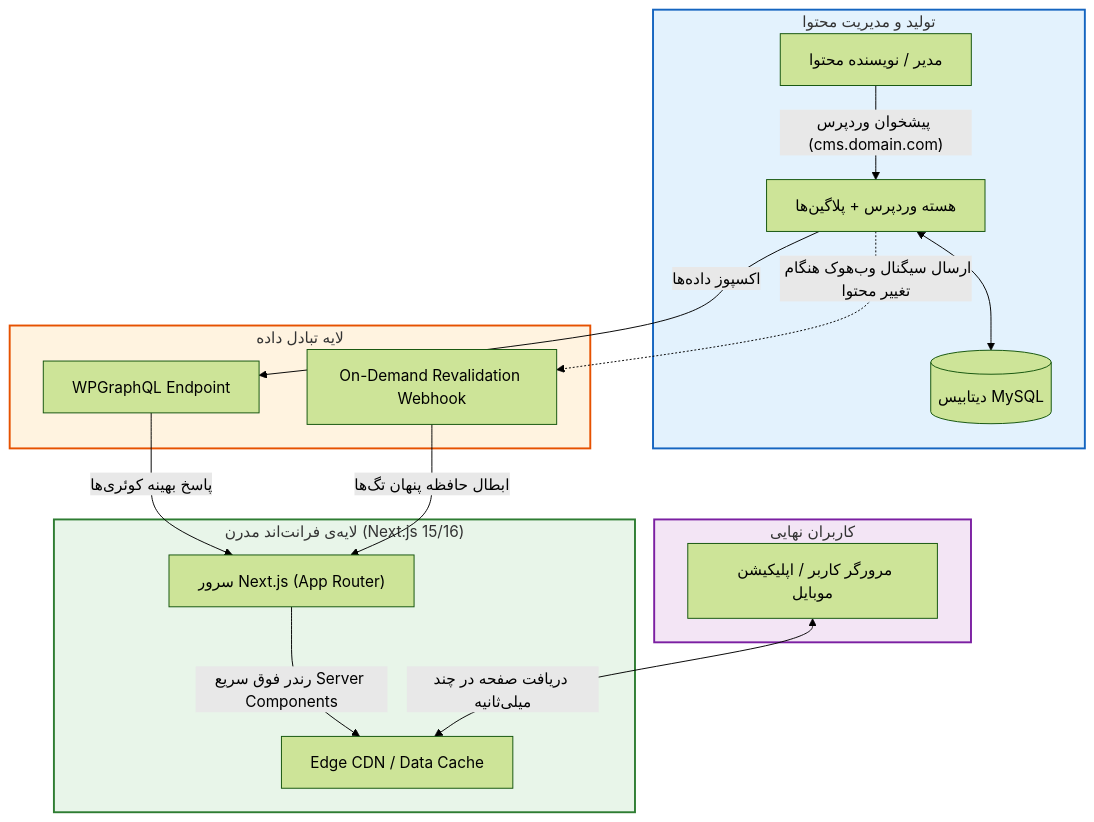
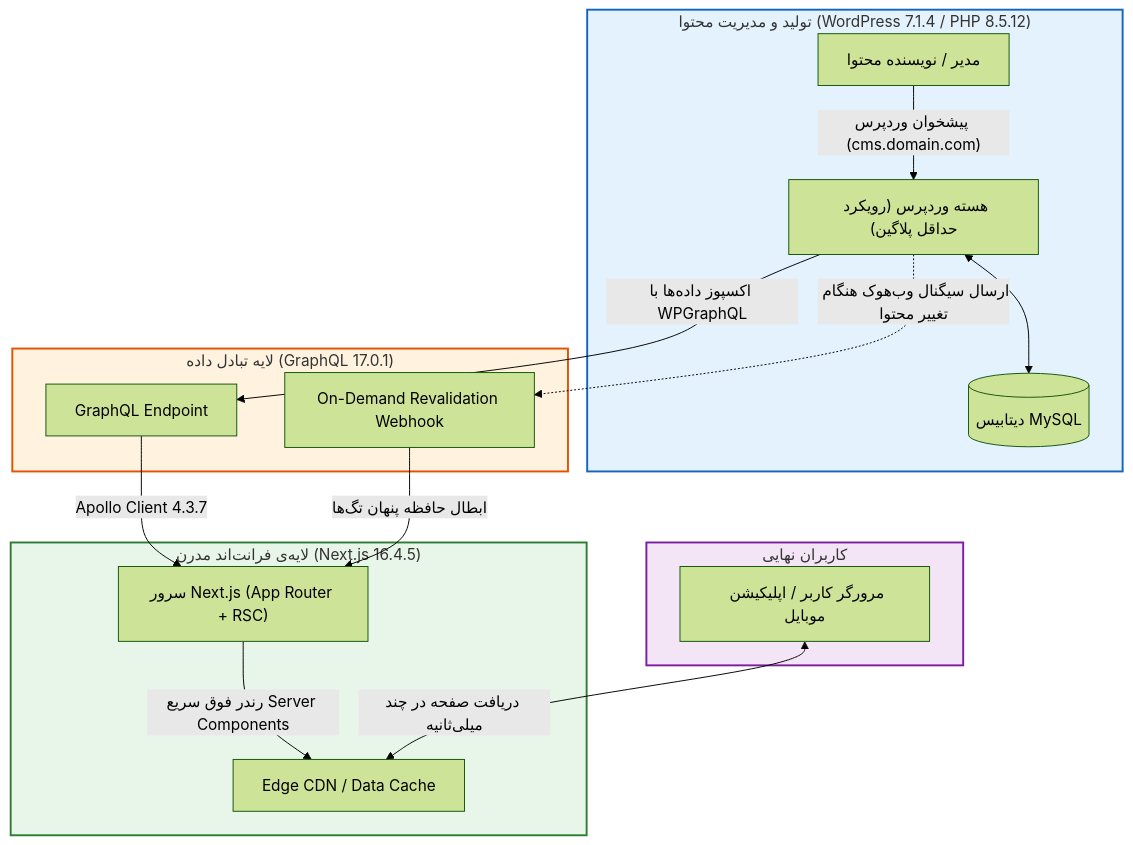
Before and after one commit to herehossein/headlessWP-nextJS: the second of 3 diagrams in book/01-architecture-and-comparison.md, drawn with Mermaid (forest theme). The commit also changed other lines of this file and 4 other files, not shown here.

````diff
--- a/book/01-architecture-and-comparison.md
+++ b/book/01-architecture-and-comparison.md
@@ -48,27 +50,27 @@
 ```mermaid
 flowchart TD
-    subgraph Editors["تولید و مدیریت محتوا"]
-        Admin["مدیر / نویسنده محتوا"] -->|"پیشخوان وردپرس (cms.domain.com)"| WP["هسته وردپرس + پلاگین‌ها"]
+    subgraph Editors["تولید و مدیریت محتوا (WordPress 7.1.4 / PHP 8.5.12)"]
+        Admin["مدیر / نویسنده محتوا"] -->|"پیشخوان وردپرس (cms.domain.com)"| WP["هسته وردپرس (رویکرد حداقل پلاگین)"]
         WP <--> MySQL[(دیتابیس MySQL)]
     end
 
-    subgraph API_Layer["لایه تبادل داده"]
-        WP -->|"اکسپوز داده‌ها"| GQL["WPGraphQL Endpoint"]
+    subgraph API_Layer["لایه تبادل داده (GraphQL 17.0.1)"]
+        WP -->|"اکسپوز داده‌ها با WPGraphQL"| GQL["GraphQL Endpoint"]
         WP -.->|"ارسال سیگنال وب‌هوک هنگام تغییر محتوا"| Webhook["On-Demand Revalidation Webhook"]
     end
 
-    subgraph Frontend["لایه‌ی فرانت‌اند مدرن (Next.js 15/16)"]
-        GQL -->|"پاسخ بهینه کوئری‌ها"| NextServer["سرور Next.js (App Router)"]
+    subgraph Frontend["لایه‌ی فرانت‌اند مدرن (Next.js 16.4.5)"]
+        GQL -->|"Apollo Client 4.3.7"| NextServer["سرور Next.js (App Router + RSC)"]
         Webhook -->|"ابطال حافظه پنهان تگ‌ها"| NextServer
         NextServer -->|"رندر فوق سریع Server Components"| EdgeCache["Edge CDN / Data Cache"]
     end
 
     subgraph Users["کاربران نهایی"]
         Client["مرورگر کاربر / اپلیکیشن موبایل"] <-->|"دریافت صفحه در چند میلی‌ثانیه"| EdgeCache
     end
 
     style Editors fill:#e3f2fd,stroke:#1565c0,stroke-width:2px
     style API_Layer fill:#fff3e0,stroke:#e65100,stroke-width:2px
     style Frontend fill:#e8f5e9,stroke:#2e7d32,stroke-width:2px
     style Users fill:#f3e5f5,stroke:#7b1fa2,stroke-width:2px
 ```
````
